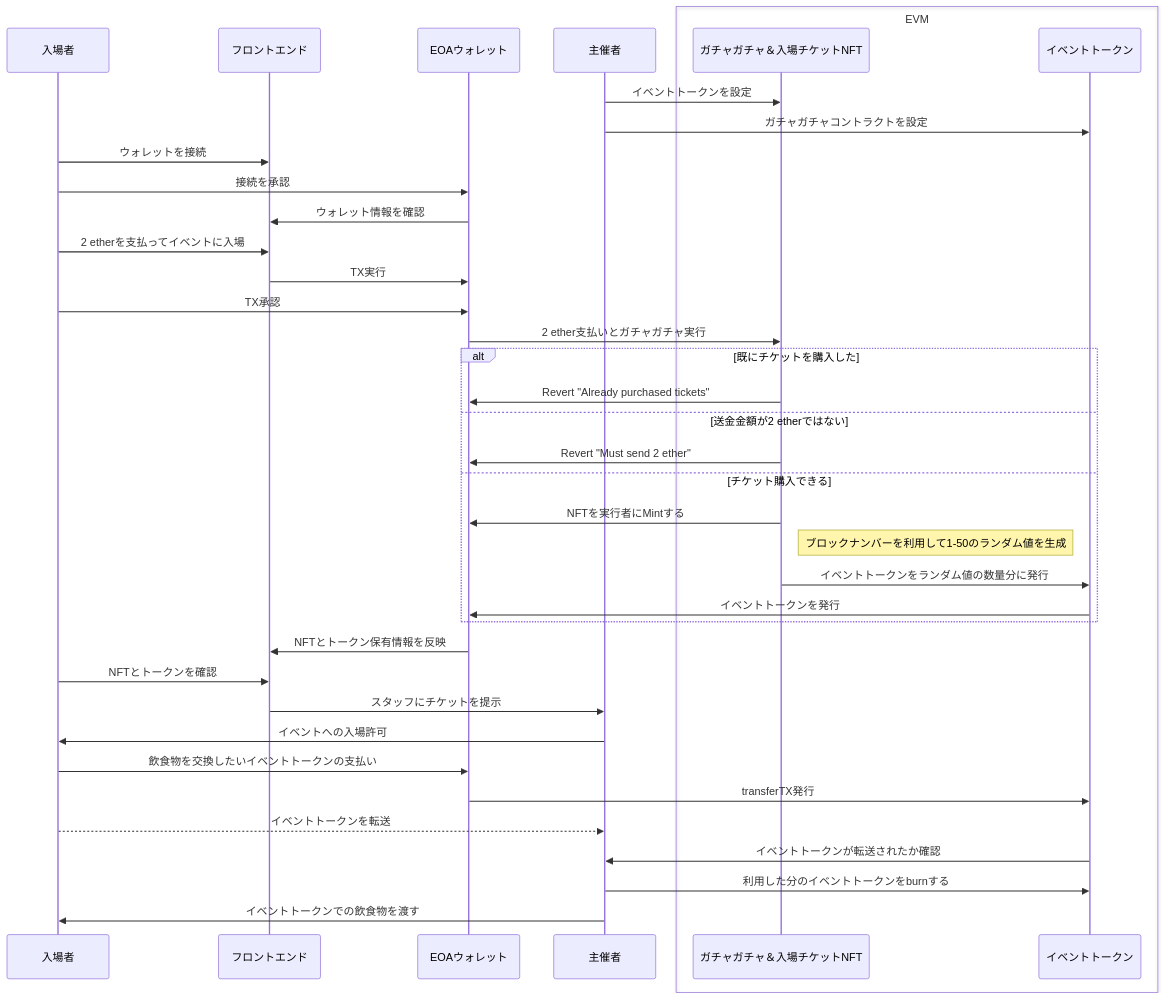
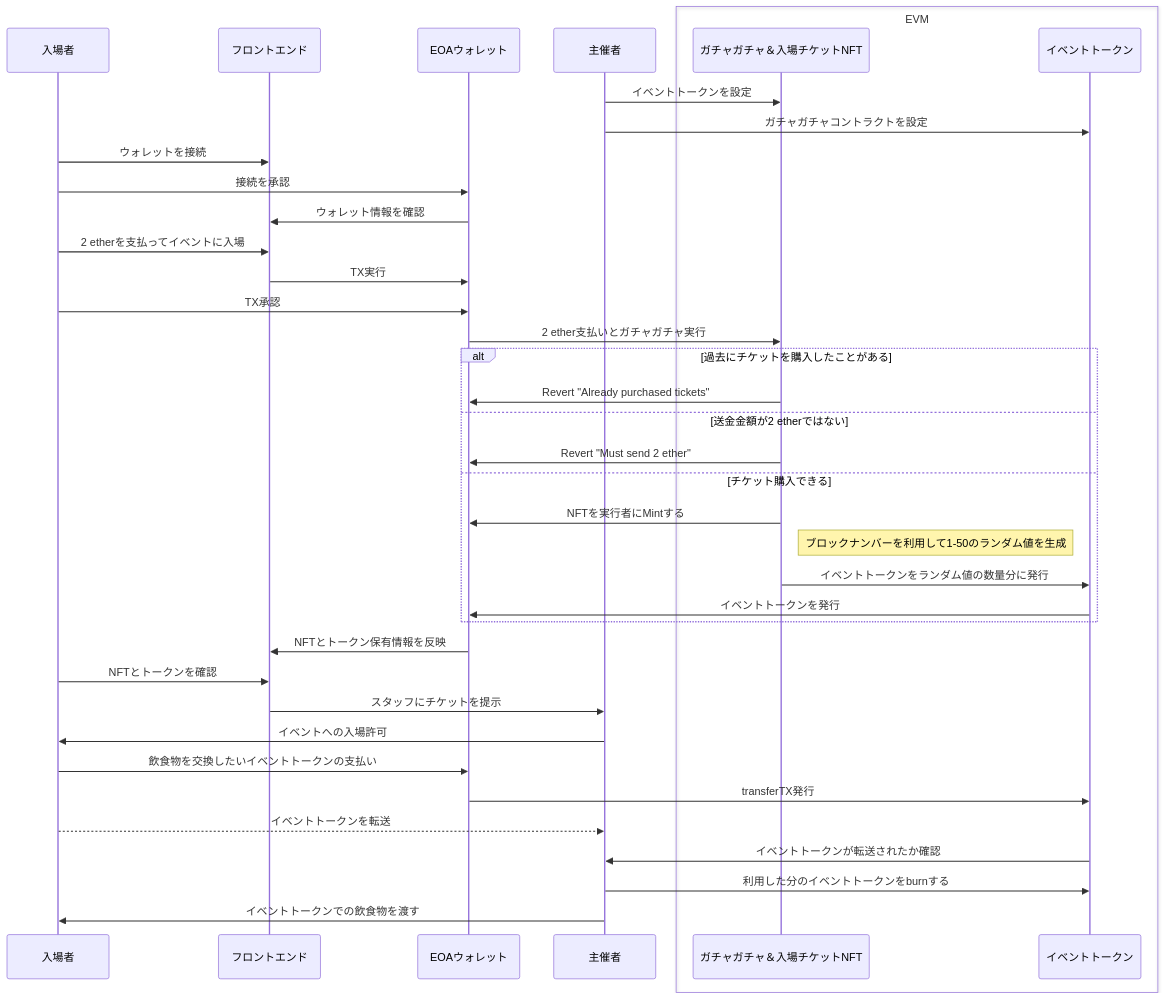
Before and after one commit to naizo01/gacha-sol: the diagram in doc/Sequence.md, drawn with Mermaid. The commit also changed 2 other files, not shown here.

Commit message:
実装コードの修正

````diff
--- a/doc/Sequence.md
+++ b/doc/Sequence.md
@@ -3,43 +3,43 @@
 ```mermaid
 sequenceDiagram
 
 participant P as 入場者
 participant F as フロントエンド
 participant EOA as EOAウォレット
 participant U as 主催者
 box EVM
   participant G as ガチャガチャ＆入場チケットNFT
   participant T as イベントトークン
 end
 
 U->>G: イベントトークンを設定
 U->>T: ガチャガチャコントラクトを設定
 P->>F: ウォレットを接続
 P->>EOA: 接続を承認
 EOA->>F: ウォレット情報を確認
 P->>F: 2 etherを支払ってイベントに入場
 F->>EOA: TX実行
 P->>EOA: TX承認
 EOA->>G: 2 ether支払いとガチャガチャ実行
-alt 既にチケットを購入した
+alt 過去にチケットを購入したことがある
   G->>EOA: Revert "Already purchased tickets"
 else 送金金額が2 etherではない
   G->>EOA: Revert "Must send 2 ether"
 else チケット購入できる
   G->>EOA: NFTを実行者にMintする
   Note right of G: ブロックナンバーを利用して1-50のランダム値を生成
   G->>T: イベントトークンをランダム値の数量分に発行
   T->>EOA: イベントトークンを発行
 end
 EOA->>F: NFTとトークン保有情報を反映
 P->>F: NFTとトークンを確認
 F->>U: スタッフにチケットを提示
 U->>P: イベントへの入場許可
 P->>EOA: 飲食物を交換したいイベントトークンの支払い
 EOA->>T: transferTX発行
 P-->>U: イベントトークンを転送
 T->>U: イベントトークンが転送されたか確認
 U->>T: 利用した分のイベントトークンをburnする
 U->>P: イベントトークンでの飲食物を渡す
 
 ```
````
